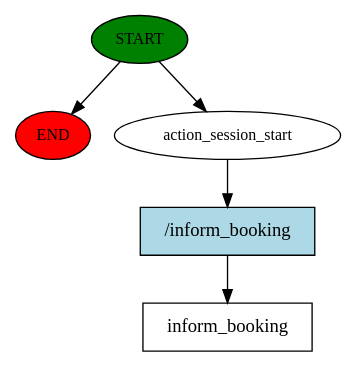
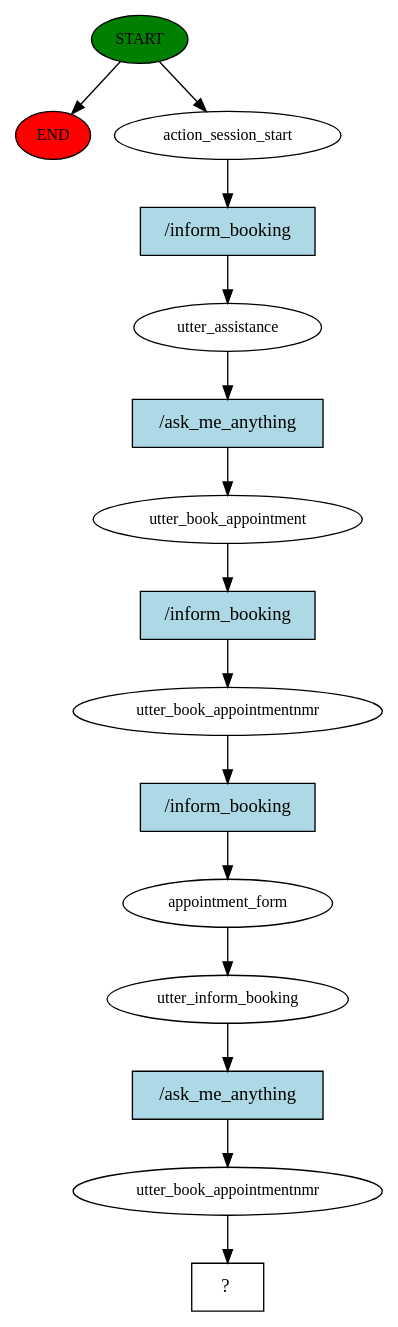
The diagram in RASA LLM/story_graph.dot (sudomaster00081/Kameda24), drawn with Graphviz before and after one commit. The commit also changed 113 other files, not shown here.

```diff
--- a/RASA LLM/story_graph.dot
+++ b/RASA LLM/story_graph.dot
@@ -1,11 +1,31 @@
 digraph  {
 0 [class="start active", fillcolor=green, fontsize=12, label=START, style=filled];
 "-1" [class=end, fillcolor=red, fontsize=12, label=END, style=filled];
 1 [class=active, fontsize=12, label=action_session_start];
-2 [class="intent dashed active", label=inform_booking, shape=rect];
-3 [class="intent active", fillcolor=lightblue, label="/inform_booking", shape=rect, style=filled];
+2 [class=active, fontsize=12, label=utter_assistance];
+3 [class=active, fontsize=12, label=utter_book_appointment];
+4 [class=active, fontsize=12, label=utter_book_appointmentnmr];
+5 [class=active, fontsize=12, label=appointment_form];
+6 [class=active, fontsize=12, label=utter_inform_booking];
+7 [class=active, fontsize=12, label=utter_book_appointmentnmr];
+8 [class="intent dashed active", label="  ?  ", shape=rect];
+9 [class="intent active", fillcolor=lightblue, label="/inform_booking", shape=rect, style=filled];
+10 [class="intent active", fillcolor=lightblue, label="/ask_me_anything", shape=rect, style=filled];
+11 [class="intent active", fillcolor=lightblue, label="/inform_booking", shape=rect, style=filled];
+12 [class="intent active", fillcolor=lightblue, label="/inform_booking", shape=rect, style=filled];
+13 [class="intent active", fillcolor=lightblue, label="/ask_me_anything", shape=rect, style=filled];
 0 -> "-1"  [class="", key=NONE, label=""];
 0 -> 1  [class=active, key=NONE, label=""];
-1 -> 3  [class=active, key=0];
-3 -> 2  [class=active, key=0];
+1 -> 9  [class=active, key=0];
+2 -> 10  [class=active, key=0];
+3 -> 11  [class=active, key=0];
+4 -> 12  [class=active, key=0];
+5 -> 6  [class=active, key=NONE, label=""];
+6 -> 13  [class=active, key=0];
+7 -> 8  [class=active, key=NONE, label=""];
+9 -> 2  [class=active, key=0];
+10 -> 3  [class=active, key=0];
+11 -> 4  [class=active, key=0];
+12 -> 5  [class=active, key=0];
+13 -> 7  [class=active, key=0];
 }
```
